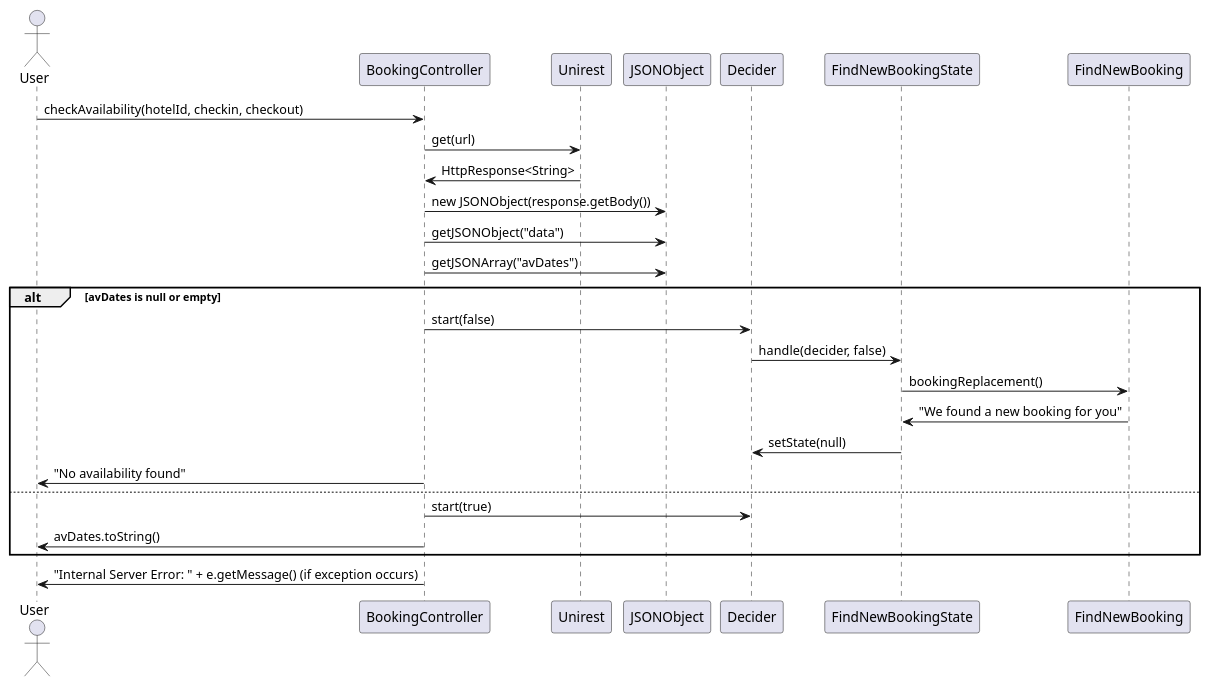
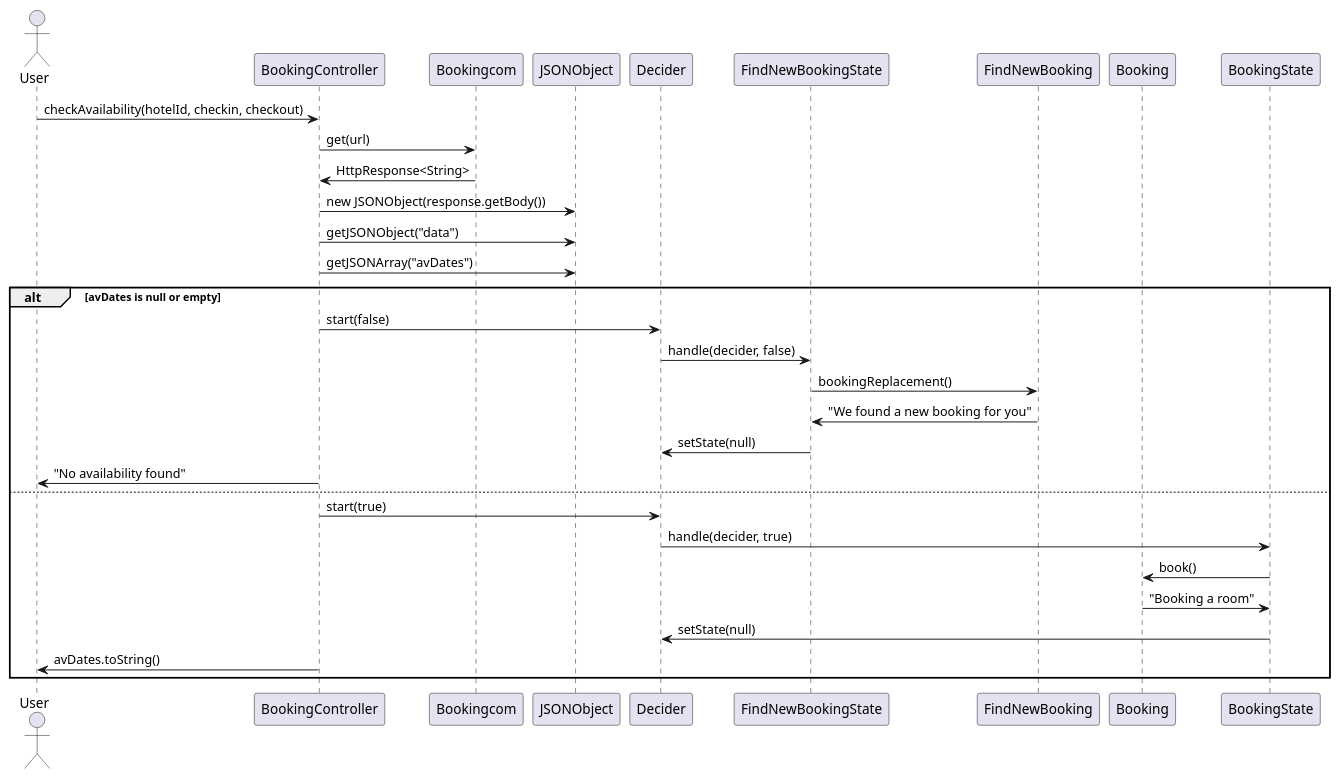
Before and after one commit to AIM-ENE-feb25/triptop-groep-4-afscheidscadeau-voor-juf-kim: the diagram in EindPrototype/src/main/java/com/example/demo/Sequencediagram.puml, drawn with PlantUML. The commit also changed 4 other files, not shown here.

```diff
--- a/EindPrototype/src/main/java/com/example/demo/Sequencediagram.puml
+++ b/EindPrototype/src/main/java/com/example/demo/Sequencediagram.puml
@@ -1,30 +1,34 @@
 @startuml
 actor User
 participant BookingController
-participant Unirest
+participant Bookingcom
 participant JSONObject
 participant Decider
 participant FindNewBookingState
 participant FindNewBooking
+participant Booking
 
 User -> BookingController: checkAvailability(hotelId, checkin, checkout)
-BookingController -> Unirest: get(url)
-Unirest -> BookingController: HttpResponse<String>
+BookingController -> Bookingcom: get(url)
+Bookingcom -> BookingController: HttpResponse<String>
 BookingController -> JSONObject: new JSONObject(response.getBody())
 BookingController -> JSONObject: getJSONObject("data")
 BookingController -> JSONObject: getJSONArray("avDates")
 
 alt avDates is null or empty
     BookingController -> Decider: start(false)
     Decider -> FindNewBookingState: handle(decider, false)
     FindNewBookingState -> FindNewBooking: bookingReplacement()
     FindNewBooking -> FindNewBookingState: "We found a new booking for you"
     FindNewBookingState -> Decider: setState(null)
     BookingController -> User: "No availability found"
 else
     BookingController -> Decider: start(true)
+    Decider -> BookingState: handle(decider, true)
+    BookingState -> Booking: book()
+    Booking -> BookingState: "Booking a room"
+    BookingState -> Decider: setState(null)
     BookingController -> User: avDates.toString()
 end
 
-BookingController -> User: "Internal Server Error: " + e.getMessage() (if exception occurs)
 @enduml
```
